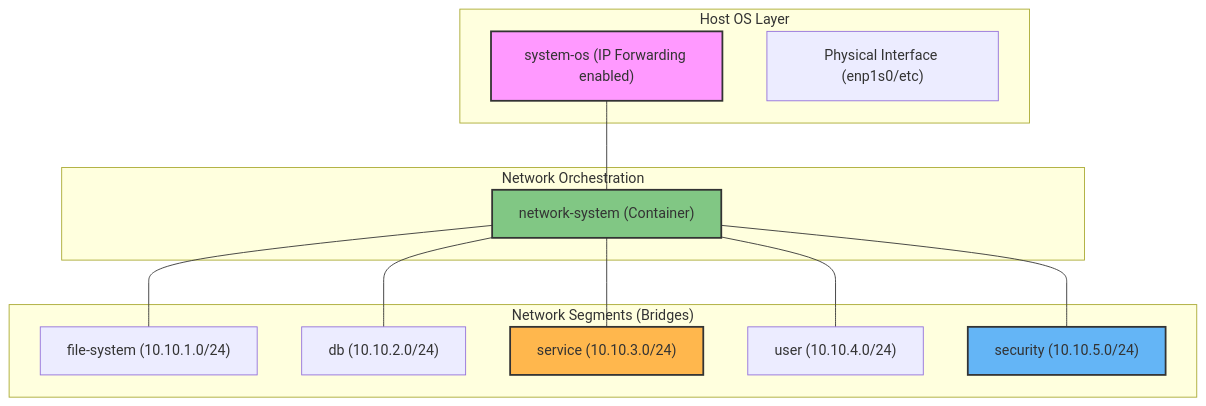
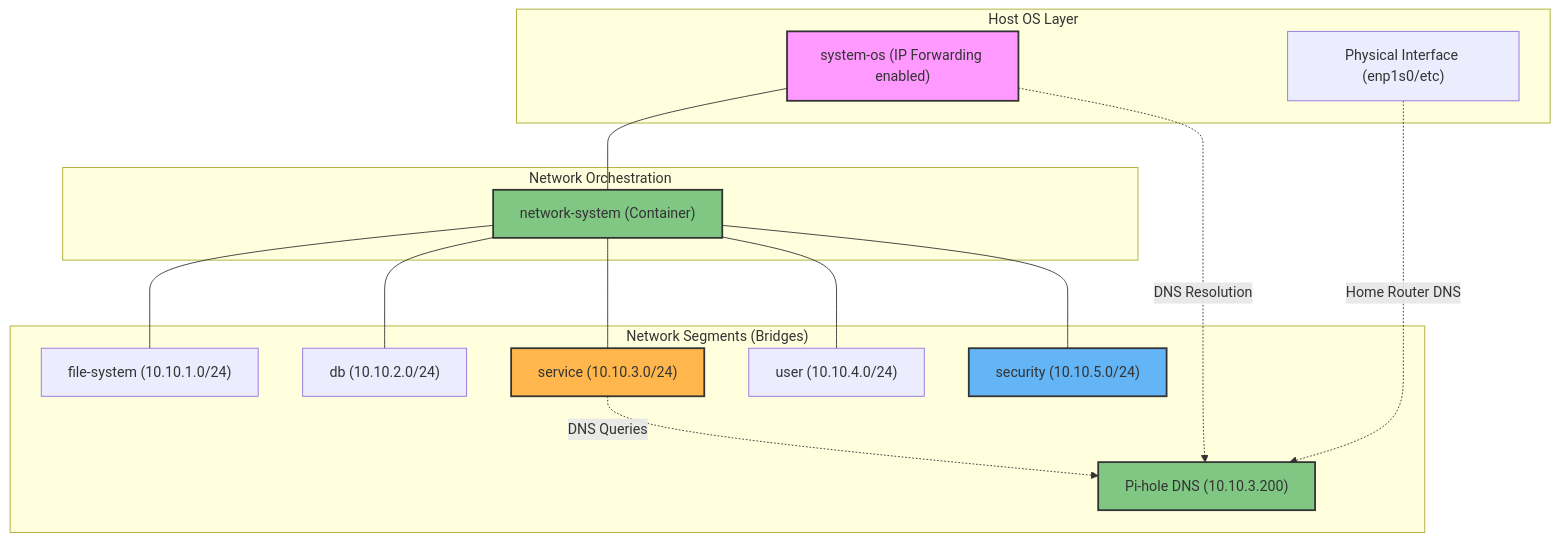
The diagram in network/README.md (luisdanielta/container-system), drawn with Mermaid before and after one commit. The commit also changed other lines of this file, not shown here.

Commit message:
docs: Clarify external network communication and Pi-hole DNS integration within the container system architecture documentation.

````diff
--- a/network/README.md
+++ b/network/README.md
@@ -9,31 +9,37 @@
 ```mermaid
 graph TD
     subgraph "Host OS Layer"
         SYS["system-os (IP Forwarding enabled)"]
         ETH["Physical Interface (enp1s0/etc)"]
     end
 
     subgraph "Network Orchestration"
         NS["network-system (Container)"]
     end
 
     subgraph "Network Segments (Bridges)"
         S_FS["file-system (10.10.1.0/24)"]
         S_DB["db (10.10.2.0/24)"]
         S_SVC["service (10.10.3.0/24)"]
         S_USR["user (10.10.4.0/24)"]
         S_SEC["security (10.10.5.0/24)"]
+        PiH["Pi-hole DNS (10.10.3.200)"]
     end
 
     SYS --- NS
     NS --- S_FS
     NS --- S_DB
     NS --- S_SVC
     NS --- S_USR
     NS --- S_SEC
+    
+    S_SVC -. "DNS Queries" .-> PiH
+    SYS -. "DNS Resolution" .-> PiH
+    ETH -. "Home Router DNS" .-> PiH
 
     style SYS fill:#f9f,stroke:#333,stroke-width:2px
     style NS fill:#81c784,stroke:#333,stroke-width:2px
     style S_SVC fill:#ffb74d,stroke:#333,stroke-width:2px
     style S_SEC fill:#64b5f6,stroke:#333,stroke-width:2px
+    style PiH fill:#81c784,stroke:#333,stroke-width:2px
 ```
````
